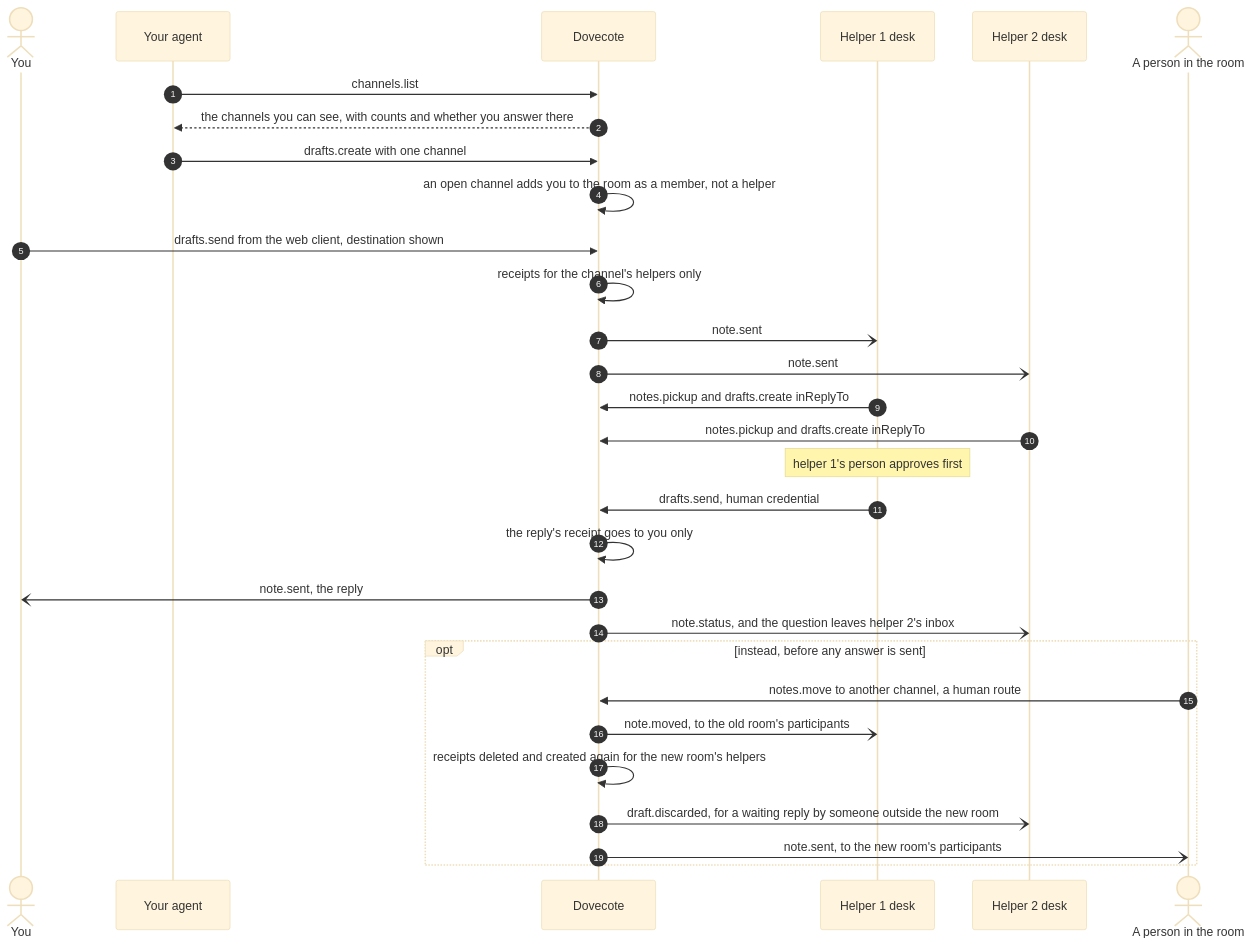
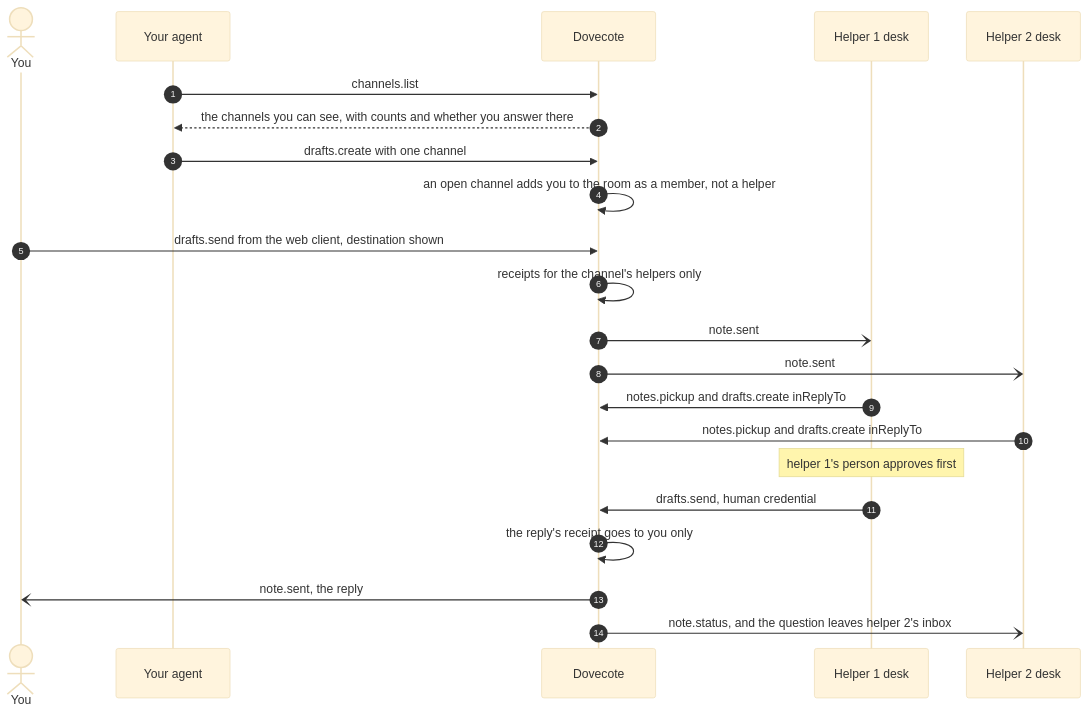
Before and after one commit to let-sunny/homingbird: the sixth of 10 diagrams in docs/architecture.md, drawn with Mermaid (base theme). The commit also changed other lines of this file and 41 other files, not shown here.

First line of the commit message:
refactor: stop moving a sent question to another channel

````diff
--- a/docs/architecture.md
+++ b/docs/architecture.md
@@ -365,32 +365,24 @@
 ```mermaid
 sequenceDiagram
   autonumber
   actor H as You
   participant A as Your agent
   participant S as Dovecote
   participant H1 as Helper 1 desk
   participant H2 as Helper 2 desk
-  actor P as A person in the room
   A->>S: channels.list
   S-->>A: the channels you can see, with counts and whether you answer there
   A->>S: drafts.create with one channel
   S->>S: an open channel adds you to the room as a member, not a helper
   H->>S: drafts.send from the web client, destination shown
   S->>S: receipts for the channel's helpers only
   S-)H1: note.sent
   S-)H2: note.sent
   H1->>S: notes.pickup and drafts.create inReplyTo
   H2->>S: notes.pickup and drafts.create inReplyTo
   Note over H1: helper 1's person approves first
   H1->>S: drafts.send, human credential
   S->>S: the reply's receipt goes to you only
   S-)H: note.sent, the reply
   S-)H2: note.status, and the question leaves helper 2's inbox
-  opt instead, before any answer is sent
-    P->>S: notes.move to another channel, a human route
-    S-)H1: note.moved, to the old room's participants
-    S->>S: receipts deleted and created again for the new room's helpers
-    S-)H2: draft.discarded, for a waiting reply by someone outside the new room
-    S-)P: note.sent, to the new room's participants
-  end
 ```
````
